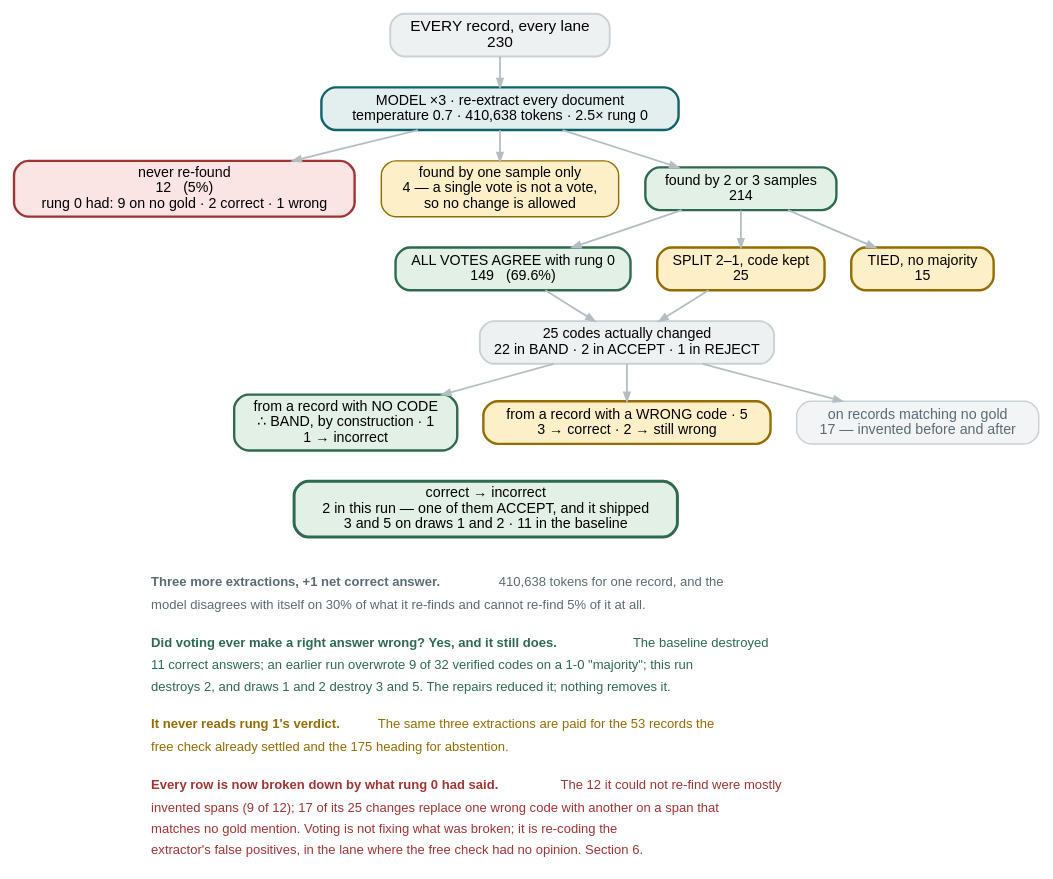
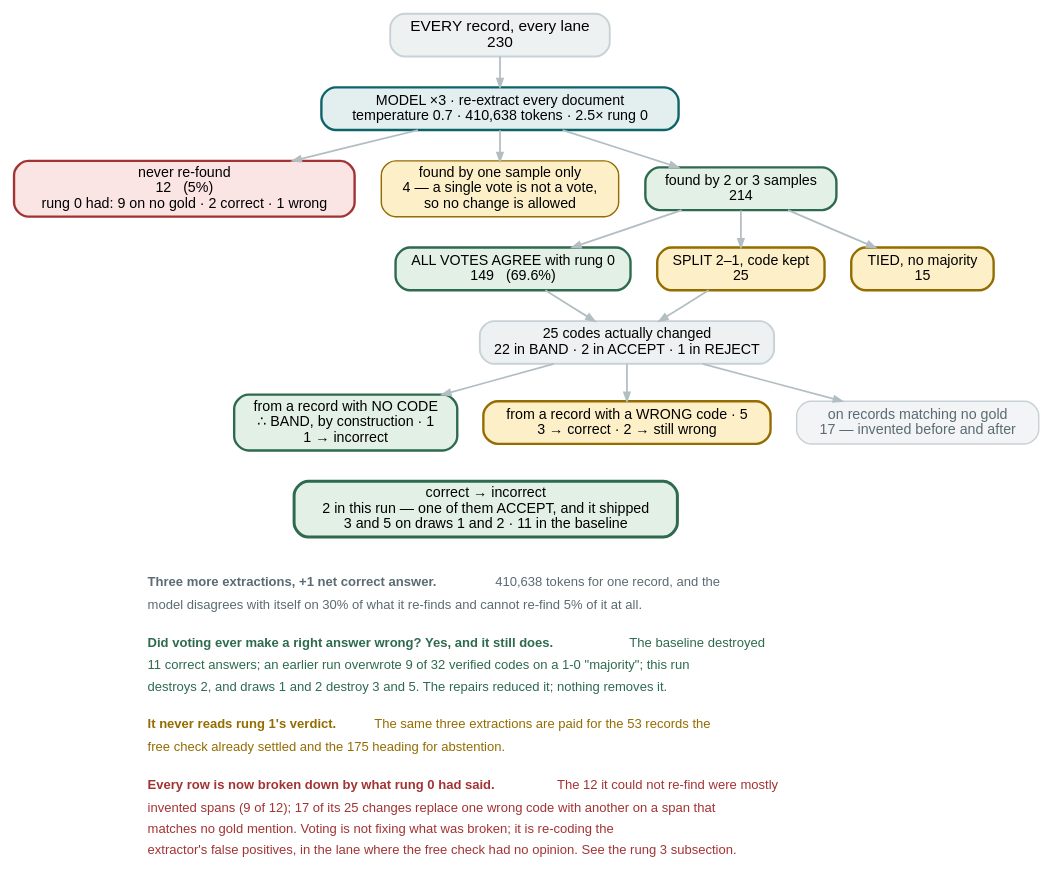
The diagram in docs/figures/fig16-rung3.dot (wbagais/reliability-ladder), drawn with Graphviz before and after one commit. The commit also changed 21 other files, not shown here.

```diff
--- a/docs/figures/fig16-rung3.dot
+++ b/docs/figures/fig16-rung3.dot
@@ -1,67 +1,67 @@
 // Rung 3 on CADEC dev, rerun-cadec-d0 (2026-09-03), from the per-record state
 // table (ladder/analysis.r3_crosstab, out/rerun/cadec.json):
 //   230 records, 12 never re-found, 4 seen once, 214 with >=2 votes:
 //   149 agree with the record's code, 25 split 2-1 keeping it, 15 tied,
 //   25 changed (22 BAND, 2 ACCEPT, 1 REJECT). Net correct +1: 3 gained, 2 destroyed.
 // Draws 1 and 2: changed 28 / 27, net -1 / -1, destroyed 3 / 5.
 //
 // COLOUR KEY — the article's: green correct · red wrong or lost · grey a stage
 digraph rung3 {
   rankdir=TB; bgcolor="white"; nodesep=0.30; ranksep=0.36;
   node [shape=box style="filled,rounded" fontname="Helvetica" fontsize=12
         color="#c8d1d5" penwidth=1.2];
   edge [color="#b3bec3" penwidth=1.5 arrowsize=0.7 fontname="Helvetica" fontsize=10];
 
   in [label="EVERY record, every lane\n230" fillcolor="#eef1f2" fontsize=13 penwidth=1.6];
   s  [label="MODEL ×3 · re-extract every document\ntemperature 0.7 · 410,638 tokens · 2.5× rung 0"
       fillcolor="#e3eeef" color="#0c6469" penwidth=2];
 
   nf [label="never re-found\n12   (5%)\nrung 0 had: 9 on no gold · 2 correct · 1 wrong" fillcolor="#fbe4e4" color="#a33333" penwidth=2];
   one[label="found by one sample only\n4 — a single vote is not a vote,\nso no change is allowed"
       fillcolor="#fdf0c8" color="#946c00"];
   two[label="found by 2 or 3 samples\n214" fillcolor="#e3f0e6" color="#2d6a4f" penwidth=2];
 
   un [label="ALL VOTES AGREE with rung 0\n149   (69.6%)" fillcolor="#e3f0e6" color="#2d6a4f" penwidth=2];
   sp [label="SPLIT 2–1, code kept\n25" fillcolor="#fdf0c8" color="#946c00" penwidth=2];
   ti [label="TIED, no majority\n15" fillcolor="#fdf0c8" color="#946c00" penwidth=2];
 
   ch [label="25 codes actually changed\n22 in BAND · 2 in ACCEPT · 1 in REJECT" fillcolor="#eef1f2" penwidth=1.6];
 
   band [label="from a record with NO CODE\n∴ BAND, by construction · 1\n1 → incorrect"
         fillcolor="#e3f0e6" color="#2d6a4f" penwidth=2];
   unk  [label="from a record with a WRONG code · 5\n3 → correct · 2 → still wrong"
         fillcolor="#fdf0c8" color="#946c00" penwidth=2];
   nog  [label="on records matching no gold\n17 — invented before and after"
         fillcolor="#f2f4f5" fontcolor="#5a6b73"];
 
   safe [label="correct → incorrect\n2 in this run — one of them ACCEPT, and it shipped\n3 and 5 on draws 1 and 2 · 11 in the baseline"
         fillcolor="#e3f0e6" color="#2d6a4f" penwidth=2.5];
 
   in -> s; s -> nf; s -> one; s -> two;
   two -> un; two -> sp; two -> ti;
   un -> ch; sp -> ch;
   ch -> band; ch -> unk; ch -> nog;
   band -> safe [style=invis]; unk -> safe [style=invis];
   { rank=same; nf; one; two }
   { rank=same; un; sp; ti }
   { rank=same; band; unk; nog }
 
   note [shape=plaintext style="" fillcolor="white"
         label=<<TABLE BORDER="0" CELLBORDER="0" CELLSPACING="0" CELLPADDING="3">
         <TR><TD ALIGN="LEFT"><FONT POINT-SIZE="11" COLOR="#5a6b73"><B>Three more extractions, +1 net correct answer.</B> 410,638 tokens for one record, and the</FONT></TD></TR>
         <TR><TD ALIGN="LEFT"><FONT POINT-SIZE="11" COLOR="#5a6b73">model disagrees with itself on 30% of what it re-finds and cannot re-find 5% of it at all.</FONT></TD></TR>
         <TR><TD ALIGN="LEFT"><FONT POINT-SIZE="8"> </FONT></TD></TR>
         <TR><TD ALIGN="LEFT"><FONT POINT-SIZE="11" COLOR="#2d6a4f"><B>Did voting ever make a right answer wrong? Yes, and it still does.</B> The baseline destroyed</FONT></TD></TR>
         <TR><TD ALIGN="LEFT"><FONT POINT-SIZE="11" COLOR="#2d6a4f">11 correct answers; an earlier run overwrote 9 of 32 verified codes on a 1-0 "majority"; this run</FONT></TD></TR>
         <TR><TD ALIGN="LEFT"><FONT POINT-SIZE="11" COLOR="#2d6a4f">destroys 2, and draws 1 and 2 destroy 3 and 5. The repairs reduced it; nothing removes it.</FONT></TD></TR>
         <TR><TD ALIGN="LEFT"><FONT POINT-SIZE="8"> </FONT></TD></TR>
         <TR><TD ALIGN="LEFT"><FONT POINT-SIZE="11" COLOR="#946c00"><B>It never reads rung 1's verdict.</B> The same three extractions are paid for the 53 records the</FONT></TD></TR>
         <TR><TD ALIGN="LEFT"><FONT POINT-SIZE="11" COLOR="#946c00">free check already settled and the 175 heading for abstention.</FONT></TD></TR>
         <TR><TD ALIGN="LEFT"><FONT POINT-SIZE="8"> </FONT></TD></TR>
         <TR><TD ALIGN="LEFT"><FONT POINT-SIZE="11" COLOR="#a33333"><B>Every row is now broken down by what rung 0 had said.</B> The 12 it could not re-find were mostly</FONT></TD></TR>
         <TR><TD ALIGN="LEFT"><FONT POINT-SIZE="11" COLOR="#a33333">invented spans (9 of 12); 17 of its 25 changes replace one wrong code with another on a span that</FONT></TD></TR>
         <TR><TD ALIGN="LEFT"><FONT POINT-SIZE="11" COLOR="#a33333">matches no gold mention. Voting is not fixing what was broken; it is re-coding the</FONT></TD></TR>
-        <TR><TD ALIGN="LEFT"><FONT POINT-SIZE="11" COLOR="#a33333">extractor's false positives, in the lane where the free check had no opinion. Section 6.</FONT></TD></TR>
+        <TR><TD ALIGN="LEFT"><FONT POINT-SIZE="11" COLOR="#a33333">extractor's false positives, in the lane where the free check had no opinion. See the rung 3 subsection.</FONT></TD></TR>
         </TABLE>>];
   safe -> note [style=invis];
 }
```
